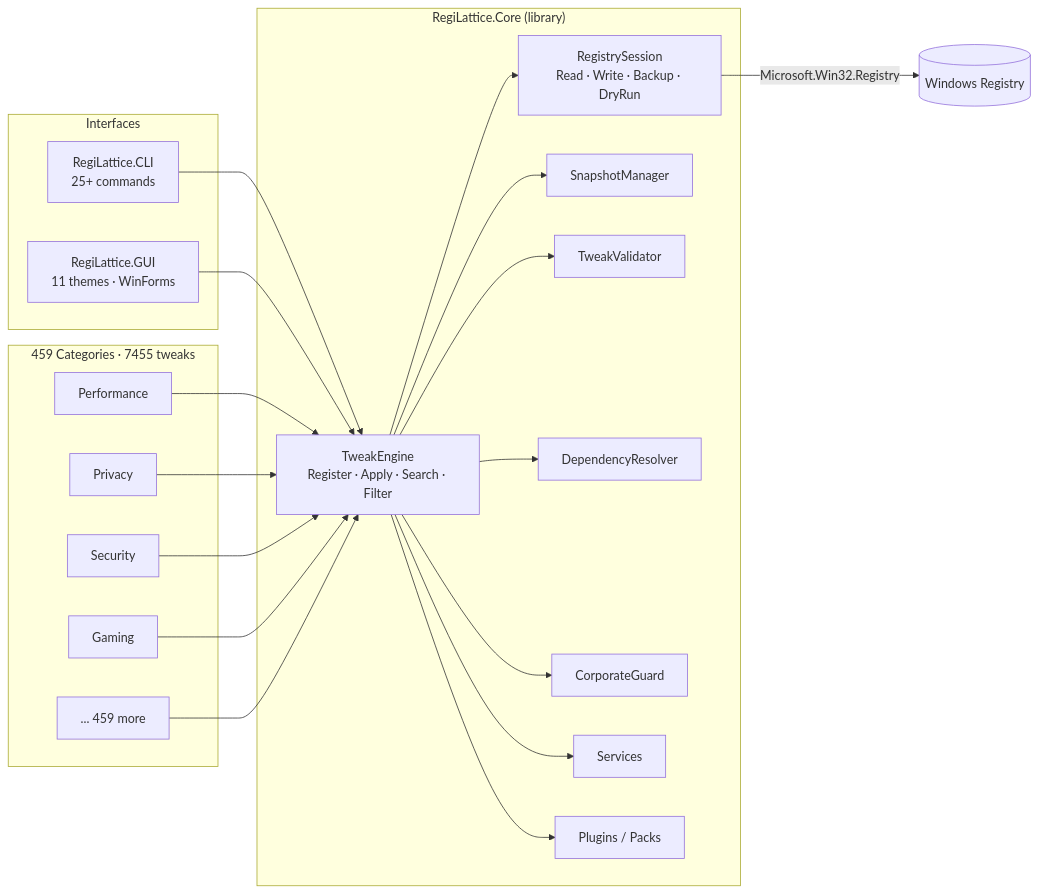
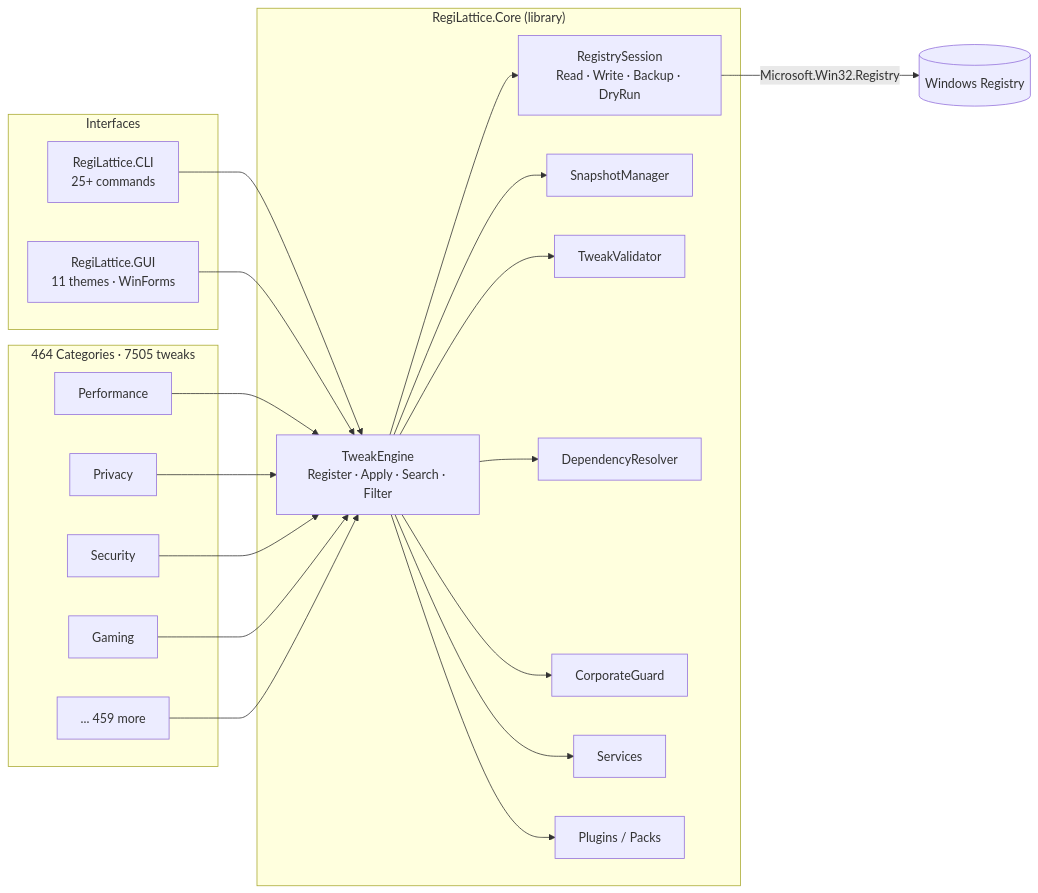
One commit to RajwanYair/RegiLattice changed the first of 2 diagrams in README.md. Above: the diagram before and after it, drawn with Mermaid. The commit also changed other lines of this file and 11 other files, not shown here.

````diff
--- a/README.md
+++ b/README.md
@@ -88,38 +88,38 @@
 ```mermaid
 graph LR
     subgraph Interfaces
         CLI[RegiLattice.CLI<br/>25+ commands]
         GUI[RegiLattice.GUI<br/>11 themes · WinForms]
     end
 
     subgraph Core["RegiLattice.Core (library)"]
         TE[TweakEngine<br/>Register · Apply · Search · Filter]
         RS[RegistrySession<br/>Read · Write · Backup · DryRun]
         SM[SnapshotManager]
         TV[TweakValidator]
         DR[DependencyResolver]
         CG[CorporateGuard]
         SV[Services]
         PM[Plugins / Packs]
     end
 
-    subgraph Tweaks["459 Categories · 7455 tweaks"]
+    subgraph Tweaks["464 Categories · 7505 tweaks"]
         T1[Performance]
         T2[Privacy]
         T3[Security]
         T4[Gaming]
         TN[... 459 more]
     end
 
     CLI --> TE
     GUI --> TE
     TE --> RS
     TE --> SM
     TE --> TV
     TE --> DR
     TE --> CG
     TE --> SV
     TE --> PM
     T1 & T2 & T3 & T4 & TN --> TE
     RS -->|Microsoft.Win32.Registry| WR[(Windows Registry)]
 ```
````
